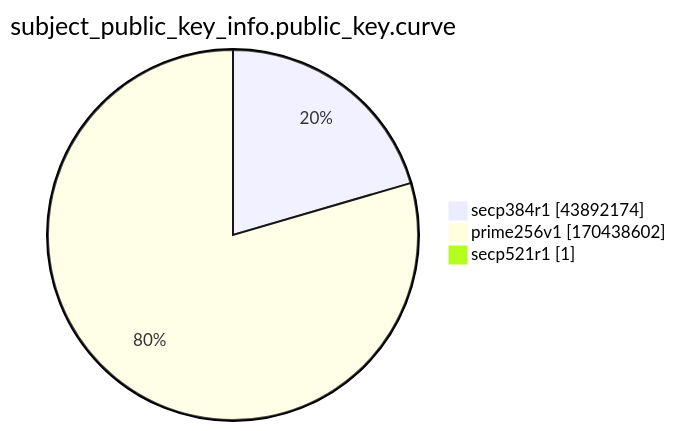
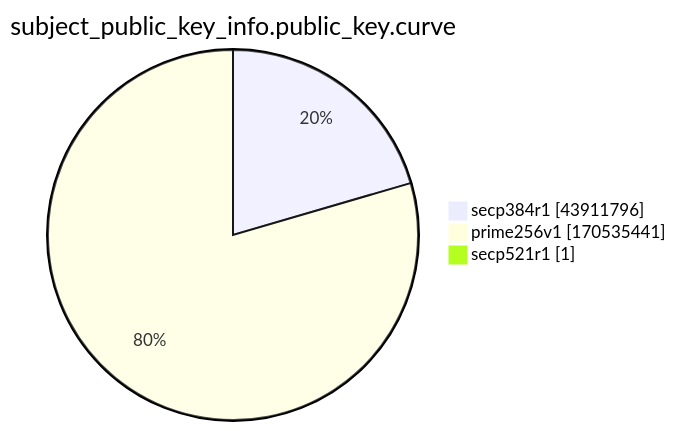
The ninth of 15 diagrams in xenon2022/README.md (christiankrug/ctmonitor_visualization), drawn with Mermaid before and after one commit. The commit also changed other lines of this file, not shown here.

````diff
--- a/xenon2022/README.md
+++ b/xenon2022/README.md
@@ -2871,7 +2871,7 @@
 ```mermaid
 pie showData
 title subject_public_key_info.public_key.curve
-"secp384r1" :43892174
-"prime256v1" :170438602
+"secp384r1" :43911796
+"prime256v1" :170535441
 "secp521r1" :1
 ```
````
